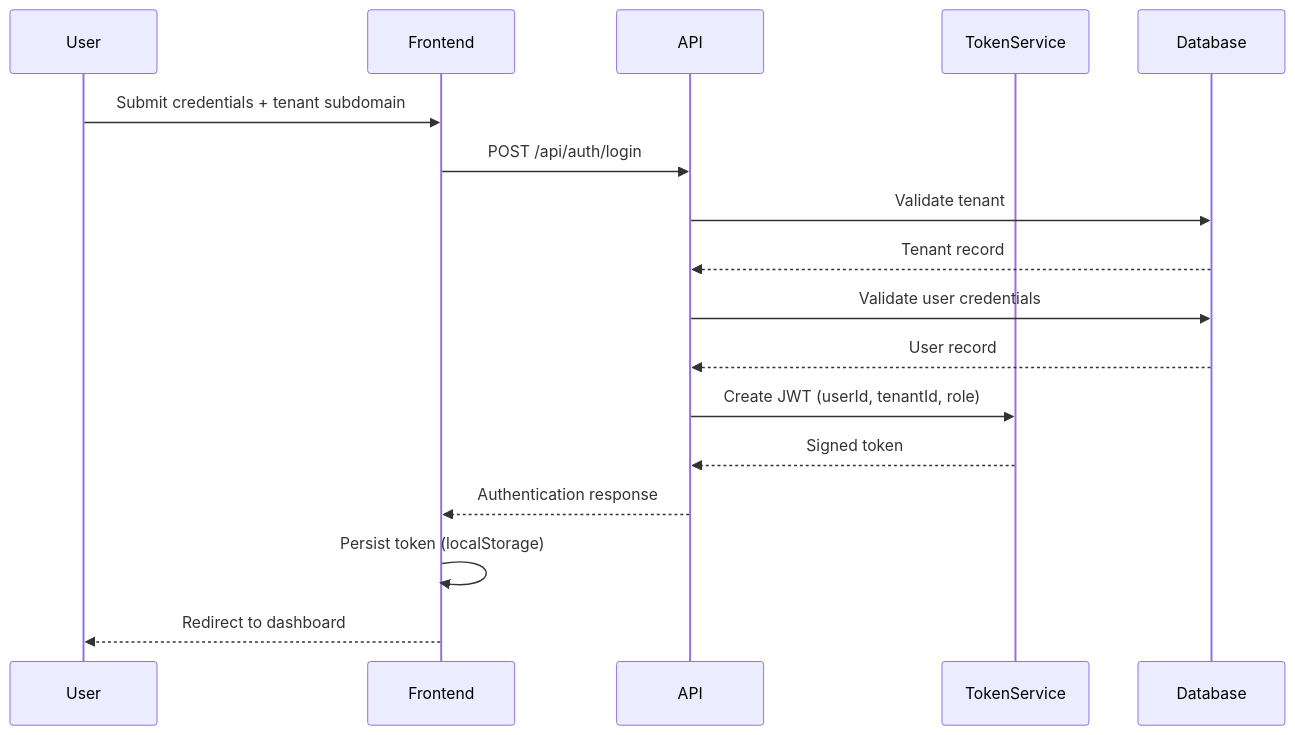
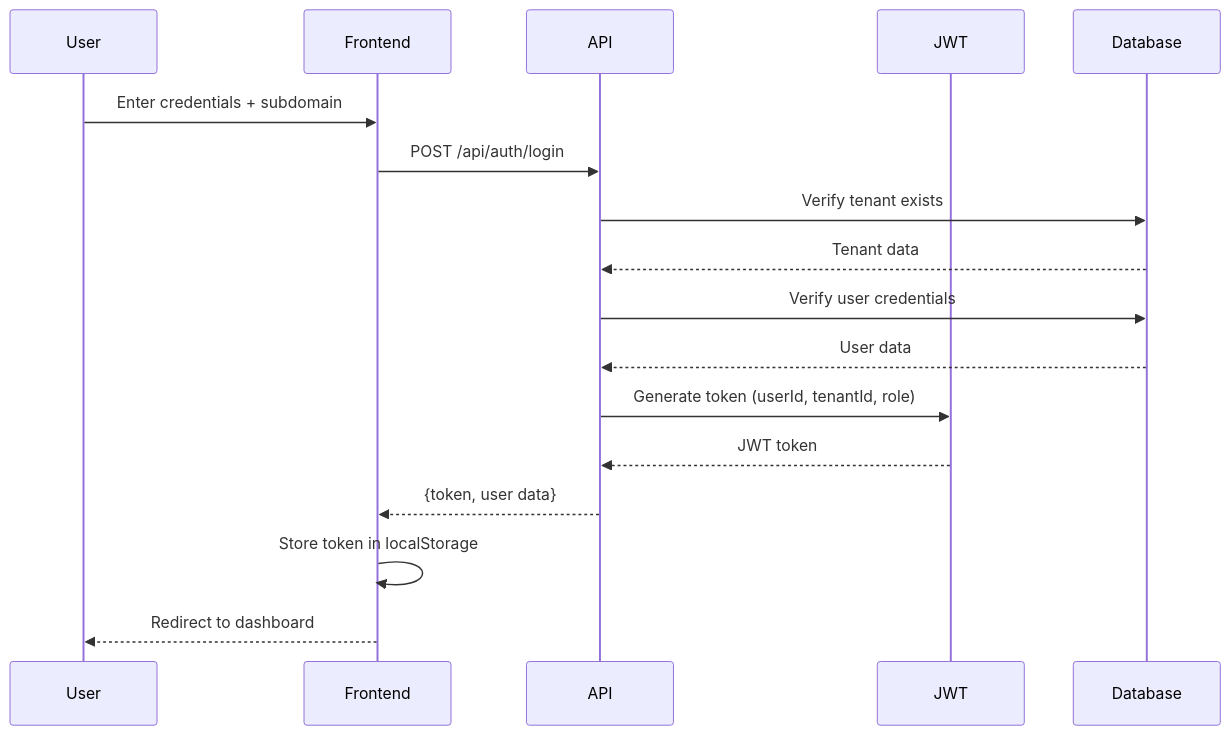
The second of 4 diagrams in docs/architecture.md (navya1129/multi-tenant-saas), drawn with Mermaid before and after one commit. The commit also changed other lines of this file and 26 other files, not shown here.

````diff
--- a/docs/architecture.md
+++ b/docs/architecture.md
@@ -71,20 +63,20 @@
 ```mermaid
 sequenceDiagram
     participant User
     participant Frontend
     participant API
-    participant TokenService
+    participant JWT
     participant Database
     
-    User->>Frontend: Submit credentials + tenant subdomain
+    User->>Frontend: Enter credentials + subdomain
     Frontend->>API: POST /api/auth/login
-    API->>Database: Validate tenant
-    Database-->>API: Tenant record
-    API->>Database: Validate user credentials
-    Database-->>API: User record
-    API->>TokenService: Create JWT (userId, tenantId, role)
-    TokenService-->>API: Signed token
-    API-->>Frontend: Authentication response
-    Frontend->>Frontend: Persist token (localStorage)
+    API->>Database: Verify tenant exists
+    Database-->>API: Tenant data
+    API->>Database: Verify user credentials
+    Database-->>API: User data
+    API->>JWT: Generate token (userId, tenantId, role)
+    JWT-->>API: JWT token
+    API-->>Frontend: {token, user data}
+    Frontend->>Frontend: Store token in localStorage
     Frontend-->>User: Redirect to dashboard
 ```
````
